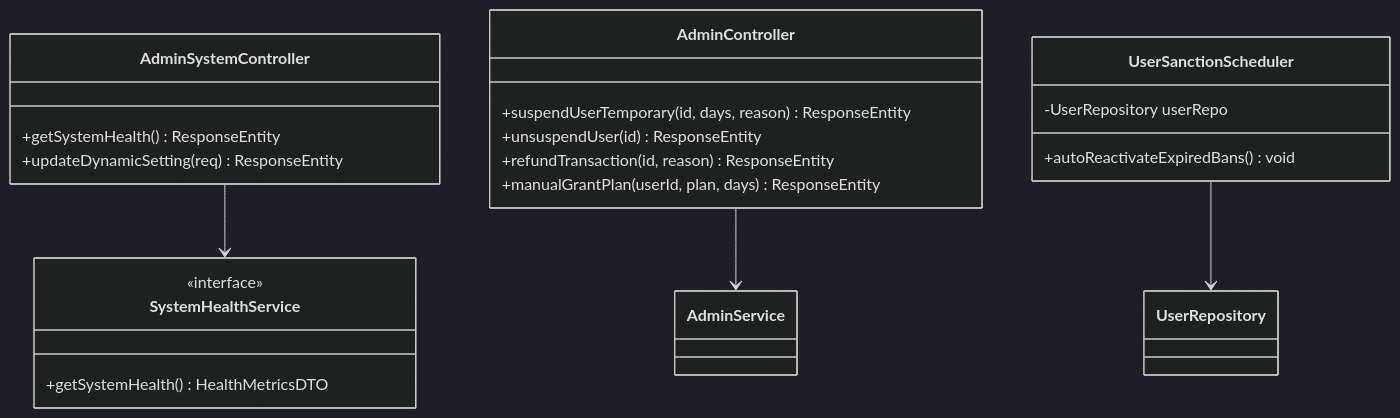
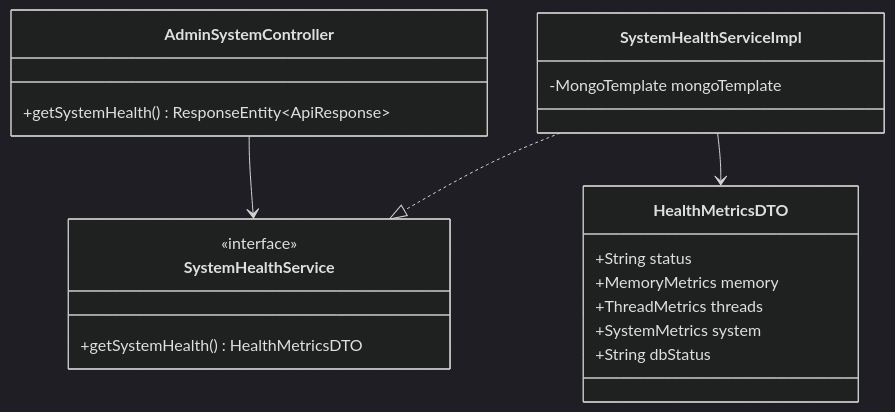
Before and after one commit to The-MC-Hub/MC_Voice_Training_Backend: the first of 18 diagrams in docs/use-cases/UC-09-admin-dashboard.md, drawn with Mermaid (dark theme). The commit also changed other lines of this file and 12 other files, not shown here.

Commit message:
docs(use-cases): fully expand all sub-use-cases across all 13 UC files with dedicated Class Diagrams, Sequence Diagrams, and Unit Tests

````diff
--- a/docs/use-cases/UC-09-admin-dashboard.md
+++ b/docs/use-cases/UC-09-admin-dashboard.md
@@ -31,28 +15,23 @@
 ```mermaid
 classDiagram
     class AdminSystemController {
-        +getSystemHealth() ResponseEntity
-        +updateDynamicSetting(req) ResponseEntity
+        +getSystemHealth() ResponseEntity~ApiResponse~
     }
-
-    class AdminController {
-        +suspendUserTemporary(id, days, reason) ResponseEntity
-        +unsuspendUser(id) ResponseEntity
-        +refundTransaction(id, reason) ResponseEntity
-        +manualGrantPlan(userId, plan, days) ResponseEntity
-    }
-
     class SystemHealthService {
         <<interface>>
         +getSystemHealth() HealthMetricsDTO
     }
-
-    class UserSanctionScheduler {
-        -UserRepository userRepo
-        +autoReactivateExpiredBans() void
+    class SystemHealthServiceImpl {
+        -MongoTemplate mongoTemplate
     }
-
+    class HealthMetricsDTO {
+        +String status
+        +MemoryMetrics memory
+        +ThreadMetrics threads
+        +SystemMetrics system
+        +String dbStatus
+    }
     AdminSystemController --> SystemHealthService
-    AdminController --> AdminService
-    UserSanctionScheduler --> UserRepository
+    SystemHealthServiceImpl ..|> SystemHealthService
+    SystemHealthServiceImpl --> HealthMetricsDTO
 ```
````
